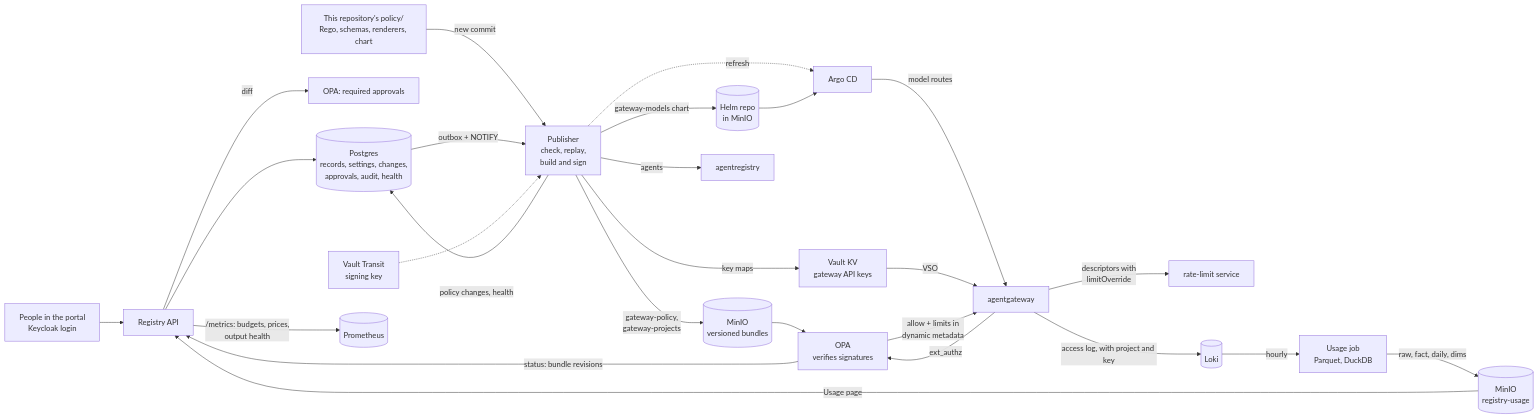
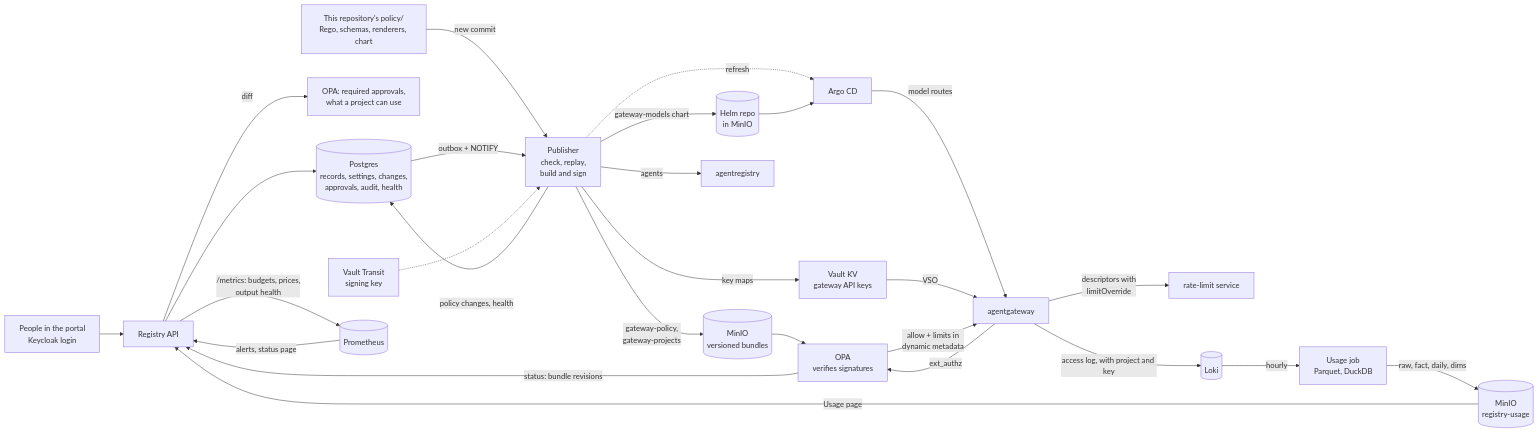
One commit to nolimitkun/project-registry changed the diagram in docs/design.md. Above: the diagram before and after it, drawn with Mermaid. The commit also changed other lines of this file and 5 other files, not shown here.

First line of the commit message:
portal: what a project can use, agents, exceptions, catalog and status (#33)

````diff
--- a/docs/design.md
+++ b/docs/design.md
@@ -48,27 +48,28 @@
 ```mermaid
 flowchart LR
   people[People in the portal<br/>Keycloak login] --> api[Registry API]
   api --> pg[(Postgres<br/>records, settings, changes,<br/>approvals, audit, health)]
-  api -->|diff| opap[OPA: required approvals]
+  api -->|diff| opap[OPA: required approvals,<br/>what a project can use]
   git[This repository's policy/<br/>Rego, schemas, renderers, chart] -->|new commit| pub
   pg -->|outbox + NOTIFY| pub[Publisher<br/>check, replay,<br/>build and sign]
   pub -->|policy changes, health| pg
   vt[Vault Transit<br/>signing key] -.-> pub
   pub -->|gateway-policy,<br/>gateway-projects| s3[(MinIO<br/>versioned bundles)]
   pub -->|gateway-models chart| helm[(Helm repo<br/>in MinIO)]
   pub -.->|refresh| argo[Argo CD]
   helm --> argo -->|model routes| gw
   pub -->|key maps| kv[Vault KV<br/>gateway API keys]
   kv -->|VSO| gw
   pub -->|agents| ar[agentregistry]
   s3 --> opa[OPA<br/>verifies signatures]
   opa -->|status: bundle revisions| api
   gw[agentgateway] -->|ext_authz| opa
   opa -->|allow + limits in<br/>dynamic metadata| gw
   gw -->|descriptors with<br/>limitOverride| rl[rate-limit service]
   api -->|/metrics: budgets, prices,<br/>output health| prom[(Prometheus)]
+  prom -->|alerts, status page| api
   gw -->|access log, with project and key| loki[(Loki)]
   loki -->|hourly| usage[Usage job<br/>Parquet, DuckDB]
   usage -->|raw, fact, daily, dims| ub[(MinIO<br/>registry-usage)]
   ub -->|Usage page| api
 ```
````
